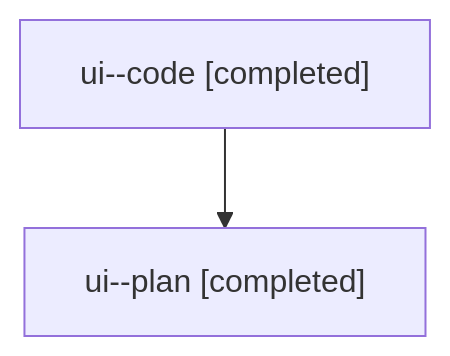
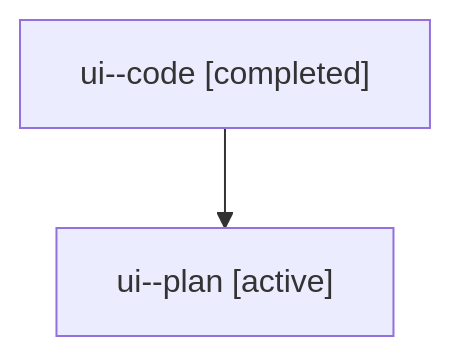
Before and after one commit to sase-org/sase--agents: the diagram in families/bbugyi200.athena.ui.md, drawn with Mermaid. The commit also changed other lines of this file and 4556 other files, not shown here.

````diff
--- a/families/bbugyi200.athena.ui.md
+++ b/families/bbugyi200.athena.ui.md
@@ -9,6 +9,6 @@
 ```mermaid
 flowchart TD
   n0["ui--code [completed]"]
-  n1["ui--plan [completed]"]
+  n1["ui--plan [active]"]
   n0 --> n1
 ```
````
